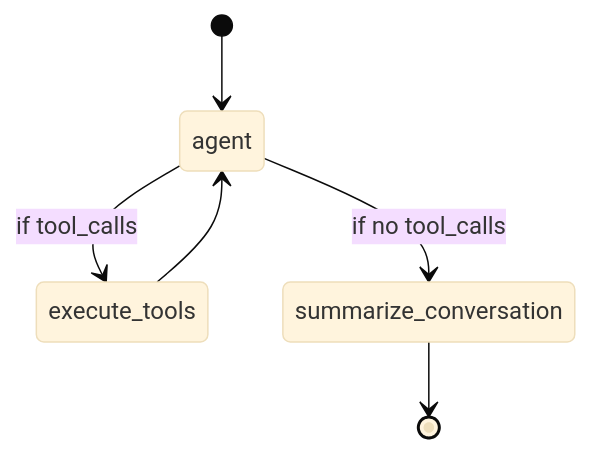
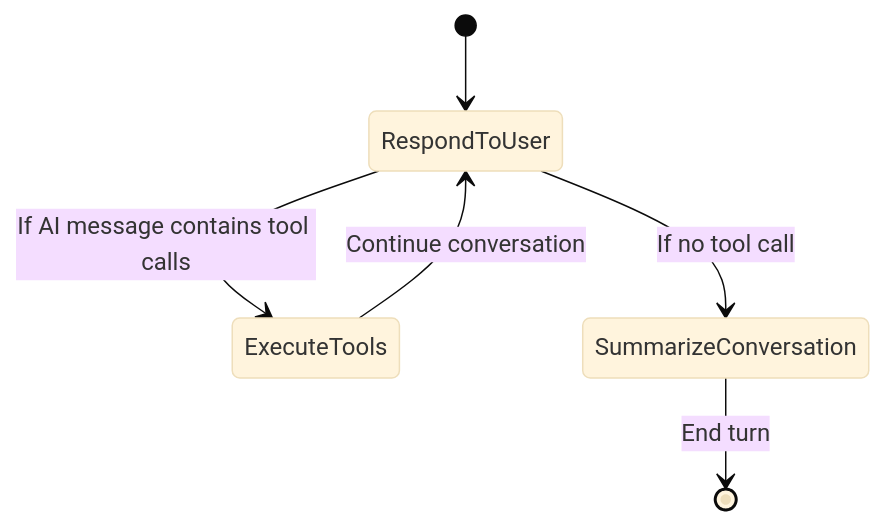
One commit to Tanujkumar24/travel-assistant-with-memory changed the second of 4 diagrams in README.md. Above: the diagram before and after it, drawn with Mermaid (base theme). The commit also changed other lines of this file, not shown here.

````diff
--- a/README.md
+++ b/README.md
@@ -128,8 +59,8 @@
 ```mermaid
 stateDiagram-v2
-    [*] --> agent
-    agent --> execute_tools: if tool_calls
-    agent --> summarize_conversation: if no tool_calls
-    execute_tools --> agent
-    summarize_conversation --> [*]
+    [*] --> RespondToUser
+    RespondToUser --> ExecuteTools: If AI message contains tool calls
+    RespondToUser --> SummarizeConversation: If no tool call
+    ExecuteTools --> RespondToUser: Continue conversation
+    SummarizeConversation --> [*]: End turn
 ```
````
